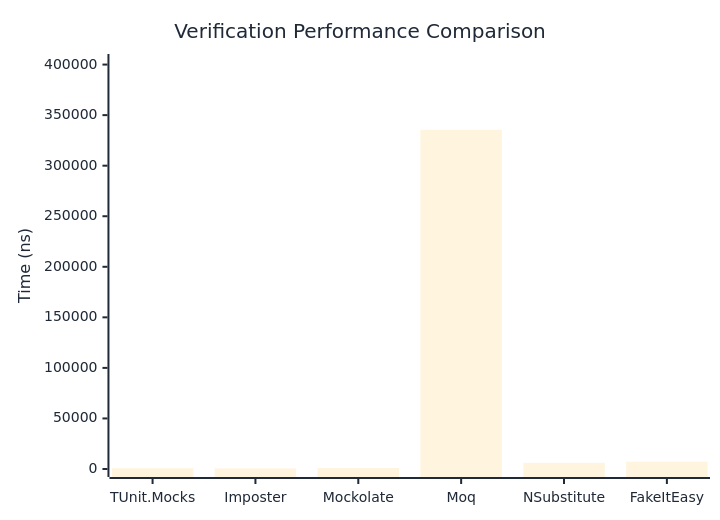
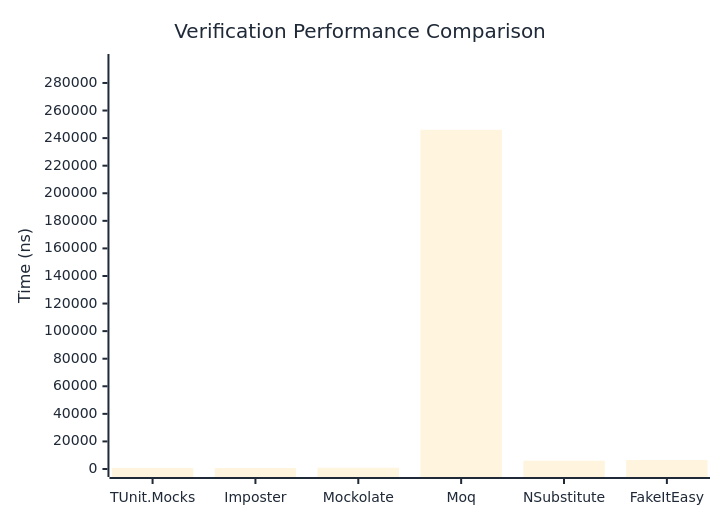
One commit to thomhurst/TUnit changed the first of 3 diagrams in docs/docs/benchmarks/mocks/Verification.md. Above: the diagram before and after it, drawn with Mermaid. The commit also changed other lines of this file and 14 other files, not shown here.

````diff
--- a/docs/docs/benchmarks/mocks/Verification.md
+++ b/docs/docs/benchmarks/mocks/Verification.md
@@ -28,27 +28,27 @@
 ```mermaid
 %%{init: {
   'theme':'base',
   'themeVariables': {
     'primaryColor': '#2563eb',
     'primaryTextColor': '#1f2937',
     'primaryBorderColor': '#1e40af',
     'lineColor': '#6b7280',
     'secondaryColor': '#7c3aed',
     'tertiaryColor': '#dc2626',
     'background': '#ffffff',
     'pie1': '#2563eb',
     'pie2': '#7c3aed',
     'pie3': '#dc2626',
     'pie4': '#f59e0b',
     'pie5': '#10b981',
     'pie6': '#06b6d4',
     'pie7': '#ec4899',
     'pie8': '#6366f1'
   }
 }}%%
 xychart-beta
   title "Verification Performance Comparison"
   x-axis ["TUnit.Mocks", "Imposter", "Mockolate", "Moq", "NSubstitute", "FakeItEasy"]
-  y-axis "Time (ns)" 0 --> 402546
-  bar [709.52, 654.41, 922.9, 335454.92, 6129.28, 7205.45]
+  y-axis "Time (ns)" 0 --> 295204
+  bar [779.75, 697.99, 923.67, 246002.68, 6025.4, 6484.46]
 ```
````
